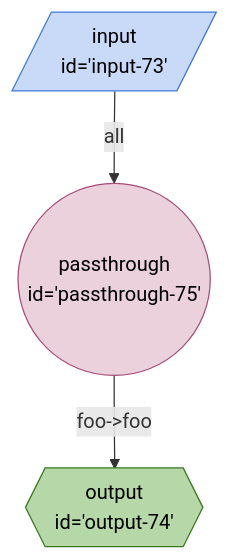
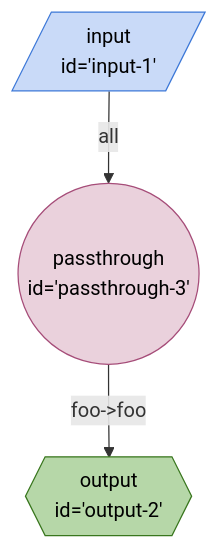
One commit to breadboard-ai/breadboard changed the diagram in seeds/breadboard-web/docs/graphs/new/simple-graph.md. Above: the diagram before and after it, drawn with Mermaid. The commit also changed 20 other files, not shown here.

Commit message:
[new syntax] saner ids in example graphs

````diff
--- a/seeds/breadboard-web/docs/graphs/new/simple-graph.md
+++ b/seeds/breadboard-web/docs/graphs/new/simple-graph.md
@@ -3,14 +3,14 @@
 ```mermaid
 %%{init: 'themeVariables': { 'fontFamily': 'Fira Code, monospace' }}%%
 graph TD;
-passthrough75(("passthrough <br> id='passthrough-75'")):::passthrough -- "foo->foo" --> output74{{"output <br> id='output-74'"}}:::output
-input73[/"input <br> id='input-73'"/]:::input -- all --> passthrough75(("passthrough <br> id='passthrough-75'")):::passthrough
+passthrough3(("passthrough <br> id='passthrough-3'")):::passthrough -- "foo->foo" --> output2{{"output <br> id='output-2'"}}:::output
+input1[/"input <br> id='input-1'"/]:::input -- all --> passthrough3(("passthrough <br> id='passthrough-3'")):::passthrough
 classDef default stroke:#ffab40,fill:#fff2ccff,color:#000
 classDef input stroke:#3c78d8,fill:#c9daf8ff,color:#000
 classDef output stroke:#38761d,fill:#b6d7a8ff,color:#000
 classDef passthrough stroke:#a64d79,fill:#ead1dcff,color:#000
 classDef slot stroke:#a64d79,fill:#ead1dcff,color:#000
 classDef config stroke:#a64d79,fill:#ead1dcff,color:#000
 classDef secrets stroke:#db4437,fill:#f4cccc,color:#000
 classDef slotted stroke:#a64d79
 ```
````
